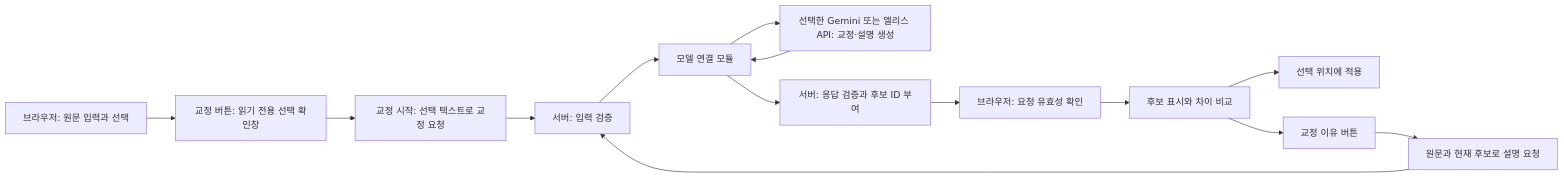
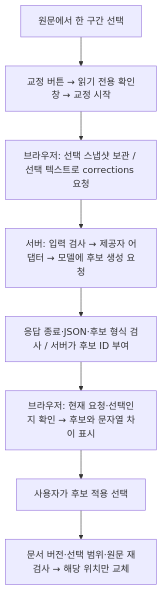
Before and after one commit to dhwjdgh1122/writing-demo: the first of 2 diagrams in docs/ARCHITECTURE.md, drawn with Mermaid. The commit also changed other lines of this file and 2 other files, not shown here.

````diff
--- a/docs/ARCHITECTURE.md
+++ b/docs/ARCHITECTURE.md
@@ -27,16 +33,10 @@
 ```mermaid
-flowchart LR
-    A[브라우저: 원문 입력과 선택] --> A1[교정 버튼: 읽기 전용 선택 확인창]
-    A1 --> B[교정 시작: 선택 텍스트로 교정 요청]
-    B --> C[서버: 입력 검증]
-    C --> D[모델 연결 모듈]
-    D --> E[선택한 Gemini 또는 엘리스 API: 교정·설명 생성]
-    E --> D
-    D --> F[서버: 응답 검증과 후보 ID 부여]
-    F --> G[브라우저: 요청 유효성 확인]
-    G --> H[후보 표시와 차이 비교]
-    H --> I[선택 위치에 적용]
-    H --> J[교정 이유 버튼]
-    J --> K[원문과 현재 후보로 설명 요청]
-    K --> C
+flowchart TD
+    A["원문에서 한 구간 선택"] --> B["교정 버튼 → 읽기 전용 확인창 → 교정 시작"]
+    B --> C["브라우저: 선택 스냅샷 보관 / 선택 텍스트로 corrections 요청"]
+    C --> D["서버: 입력 검사 → 제공자 어댑터 → 모델에 후보 생성 요청"]
+    D --> E["응답 종료·JSON·후보 형식 검사 / 서버가 후보 ID 부여"]
+    E --> F["브라우저: 현재 요청·선택인지 확인 → 후보와 문자열 차이 표시"]
+    F --> G["사용자가 후보 적용 선택"]
+    G --> H["문서 버전·선택 범위·원문 재검사 → 해당 위치만 교체"]
 ```
````
